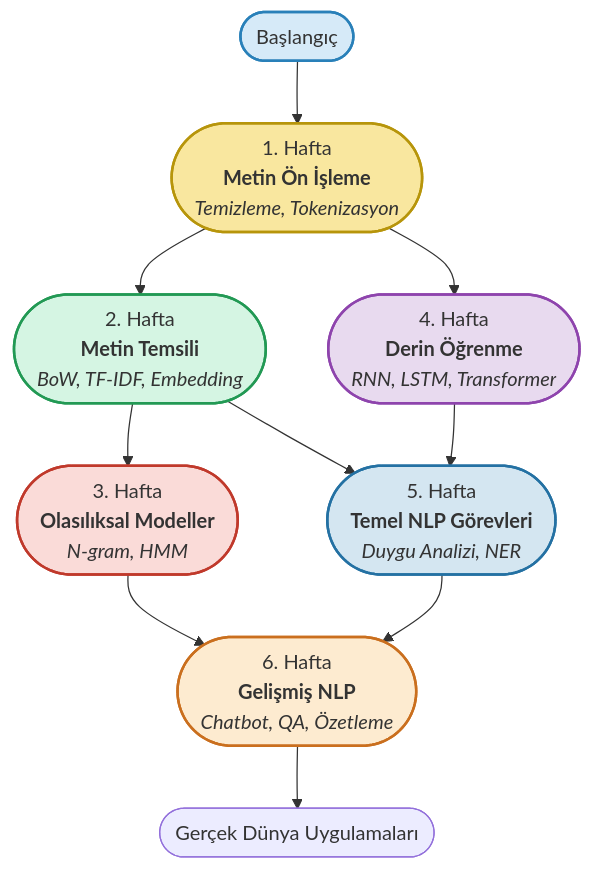
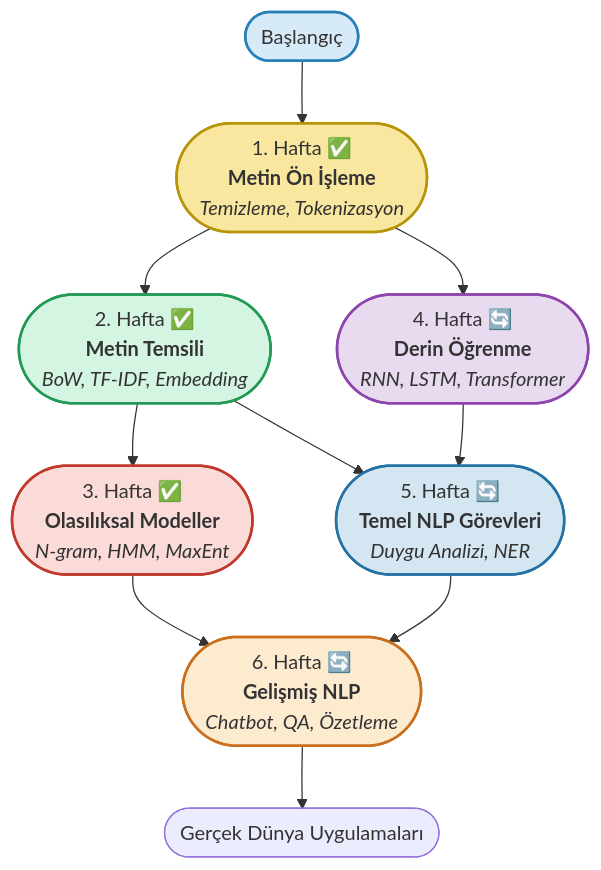
One commit to cemal-yuksel/nlp-bootcamp-zero-to-hero changed the diagram in README.md. Above: the diagram before and after it, drawn with Mermaid. The commit also changed other lines of this file, not shown here.

````diff
--- a/README.md
+++ b/README.md
@@ -70,29 +70,29 @@
 ```mermaid
 flowchart TB
     style A1 fill:#D6EAF8,stroke:#2980B9,stroke-width:2px
     style B1 fill:#F9E79F,stroke:#B7950B,stroke-width:2px
     style B2 fill:#D5F5E3,stroke:#229954,stroke-width:2px
     style B3 fill:#FADBD8,stroke:#C0392B,stroke-width:2px
     style B4 fill:#E8DAEF,stroke:#8E44AD,stroke-width:2px
     style B5 fill:#D4E6F1,stroke:#2471A3,stroke-width:2px
     style B6 fill:#FDEBD0,stroke:#CA6F1E,stroke-width:2px
     A1([Başlangıç])
-    B1([1. Hafta<br><b>Metin Ön İşleme</b><br><i>Temizleme, Tokenizasyon</i>])
-    B2([2. Hafta<br><b>Metin Temsili</b><br><i>BoW, TF-IDF, Embedding</i>])
-    B3([3. Hafta<br><b>Olasılıksal Modeller</b><br><i>N-gram, HMM</i>])
-    B4([4. Hafta<br><b>Derin Öğrenme</b><br><i>RNN, LSTM, Transformer</i>])
-    B5([5. Hafta<br><b>Temel NLP Görevleri</b><br><i>Duygu Analizi, NER</i>])
-    B6([6. Hafta<br><b>Gelişmiş NLP</b><br><i>Chatbot, QA, Özetleme</i>])
+    B1([1. Hafta ✅<br><b>Metin Ön İşleme</b><br><i>Temizleme, Tokenizasyon</i>])
+    B2([2. Hafta ✅<br><b>Metin Temsili</b><br><i>BoW, TF-IDF, Embedding</i>])
+    B3([3. Hafta ✅<br><b>Olasılıksal Modeller</b><br><i>N-gram, HMM, MaxEnt</i>])
+    B4([4. Hafta 🔄<br><b>Derin Öğrenme</b><br><i>RNN, LSTM, Transformer</i>])
+    B5([5. Hafta 🔄<br><b>Temel NLP Görevleri</b><br><i>Duygu Analizi, NER</i>])
+    B6([6. Hafta 🔄<br><b>Gelişmiş NLP</b><br><i>Chatbot, QA, Özetleme</i>])
     Z1([Gerçek Dünya Uygulamaları])
 
     %% Grid bağlantıları
     A1 --> B1
     B1 --> B2
     B2 --> B3
     B1 --> B4
     B2 --> B5
     B3 --> B6
     B4 --> B5
     B5 --> B6
     B6 --> Z1
 ```
````
